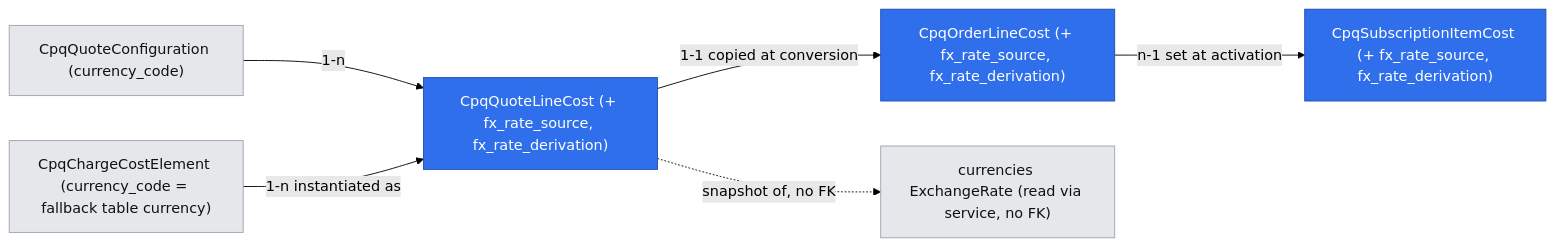
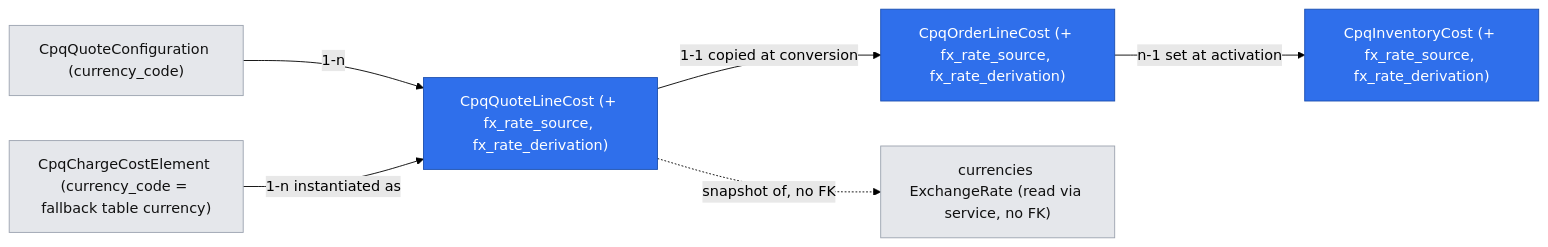
One commit to dainamite-technologies/dainamite-core changed the second of 2 diagrams in .ai/specs/2026-11-12-cpq-cost-plus-foreign-currency-costs.md. Above: the diagram before and after it, drawn with Mermaid (forest theme). The commit also changed other lines of this file, not shown here.

Commit message:
docs(specs): FX columns on cpq_inventory_costs; decisions confirmed (review)

````diff
--- a/.ai/specs/2026-11-12-cpq-cost-plus-foreign-currency-costs.md
+++ b/.ai/specs/2026-11-12-cpq-cost-plus-foreign-currency-costs.md
@@ -289,16 +289,16 @@
 ```mermaid
 flowchart LR
     classDef newEntity fill:#2f6feb,color:#fff,stroke:#1b4fb0
     classDef existingEntity fill:#e5e7eb,color:#111,stroke:#9ca3af
     entity_1["CpqQuoteLineCost (+ fx_rate_source, fx_rate_derivation)"]:::newEntity
     entity_2["CpqOrderLineCost (+ fx_rate_source, fx_rate_derivation)"]:::newEntity
-    entity_3["CpqSubscriptionItemCost (+ fx_rate_source, fx_rate_derivation)"]:::newEntity
+    entity_3["CpqInventoryCost (+ fx_rate_source, fx_rate_derivation)"]:::newEntity
     entity_4["CpqQuoteConfiguration (currency_code)"]:::existingEntity
     entity_5["currencies ExchangeRate (read via service, no FK)"]:::existingEntity
     entity_6["CpqChargeCostElement (currency_code = fallback table currency)"]:::existingEntity
     entity_4 -->|1-n| entity_1
     entity_6 -->|1-n instantiated as| entity_1
     entity_1 -->|1-1 copied at conversion| entity_2
     entity_2 -->|n-1 set at activation| entity_3
     entity_1 -.->|snapshot of, no FK| entity_5
 ```
````
